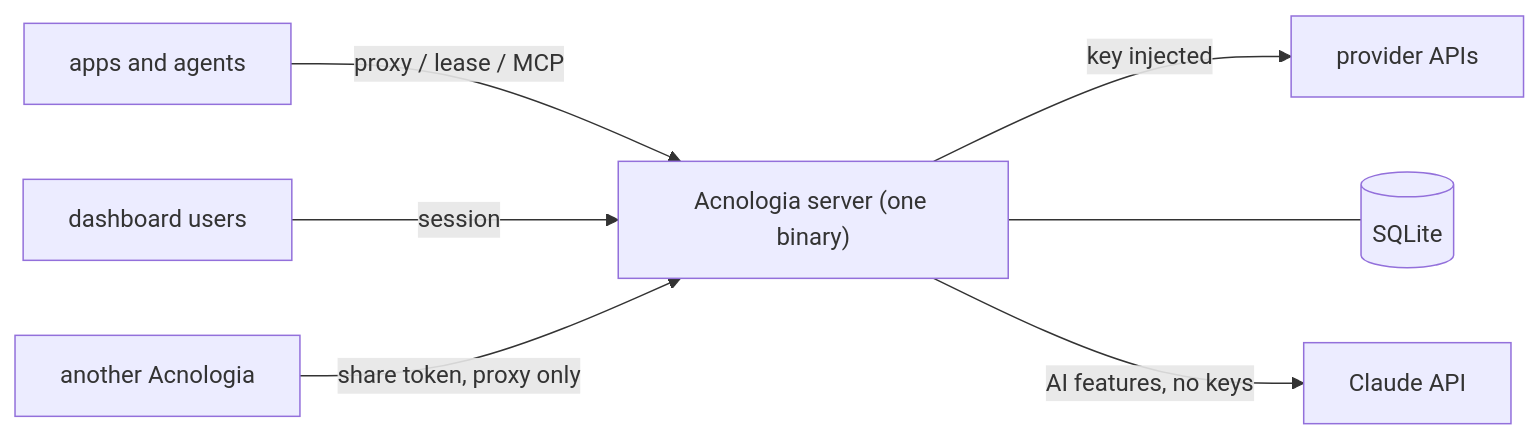
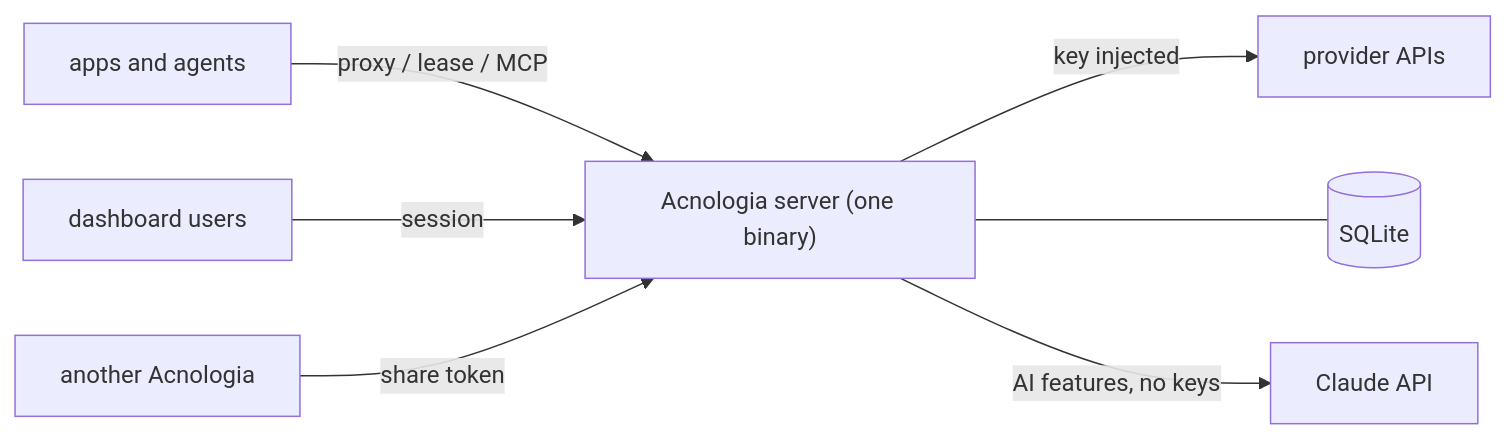
One commit to sidharthpunathil/acnologia changed the diagram in docs/README.md. Above: the diagram before and after it, drawn with Mermaid. The commit also changed other lines of this file and 34 other files, not shown here.

````diff
--- a/docs/README.md
+++ b/docs/README.md
@@ -21,9 +26,9 @@
 ```mermaid
 flowchart LR
     Apps["apps and agents"] -->|"proxy / lease / MCP"| Acnologia["Acnologia server (one binary)"]
     Admins["dashboard users"] -->|"session"| Acnologia
-    Peer["another Acnologia"] -->|"share token, proxy only"| Acnologia
+    Peer["another Acnologia"] -->|"share token"| Acnologia
     Acnologia -->|"key injected"| Providers["provider APIs"]
     Acnologia --- DB[("SQLite")]
     Acnologia -->|"AI features, no keys"| Claude["Claude API"]
 ```
````
